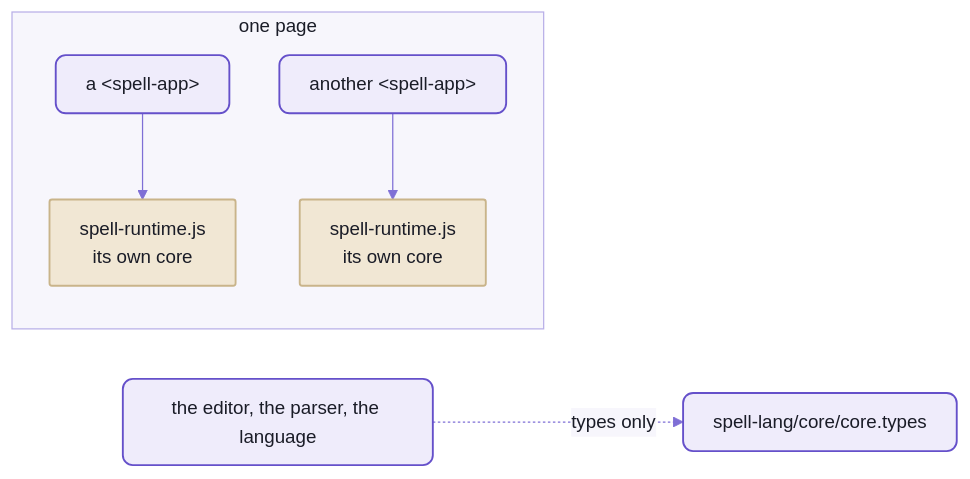
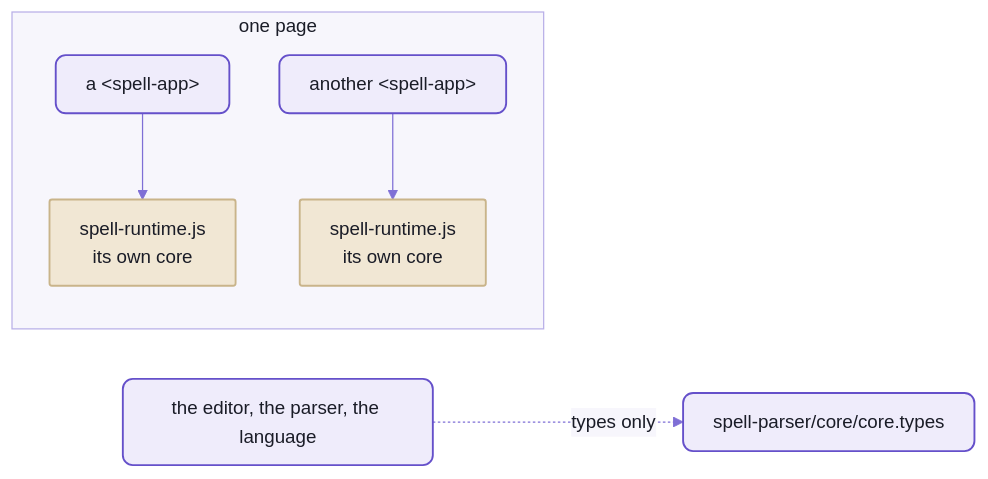
The second of 2 diagrams in parser/README-core.md (spell-app/spell), drawn with Mermaid before and after one commit. The commit also changed other lines of this file and 618 other files, not shown here.

````diff
--- a/parser/README-core.md
+++ b/parser/README-core.md
@@ -404,13 +404,13 @@
 ```mermaid
 %%{init: {"theme":"base","themeVariables":{"fontFamily":"-apple-system, BlinkMacSystemFont, Segoe UI, Helvetica, Arial, sans-serif","fontSize":"15px","primaryColor":"#EFECFB","primaryBorderColor":"#6550CA","primaryTextColor":"#1A1C27","secondaryColor":"#F4F1E9","tertiaryColor":"#F7F6FC","lineColor":"#7F6FD6","textColor":"#7F6FD6","clusterBkg":"#F7F6FC","clusterBorder":"#B9B0E8","titleColor":"#1A1C27","edgeLabelBackground":"#F7F6FC","actorBkg":"#EFECFB","actorBorder":"#6550CA","actorTextColor":"#1A1C27","actorLineColor":"#9C90DE","signalColor":"#7F6FD6","signalTextColor":"#7F6FD6","labelBoxBkgColor":"#EFECFB","labelBoxBorderColor":"#6550CA","labelTextColor":"#1A1C27","loopTextColor":"#7F6FD6","noteBkgColor":"#F1E7D4","noteBorderColor":"#C9B48A","noteTextColor":"#1A1C27","activationBkgColor":"#DCD6F7","activationBorderColor":"#6550CA","sequenceNumberColor":"#FFFFFF"},"flowchart":{"curve":"basis","padding":12,"nodeSpacing":40,"rankSpacing":44}}}%%
 flowchart LR
   subgraph page ["one page"]
     a1["a &lt;spell-app&gt;"] --> r1["spell-runtime.js<br/>its own core"]
     a2["another &lt;spell-app&gt;"] --> r2["spell-runtime.js<br/>its own core"]
   end
-  ed["the editor, the parser, the language"] -. "types only" .-> types["spell-lang/core/core.types"]
+  ed["the editor, the parser, the language"] -. "types only" .-> types["spell-parser/core/core.types"]
   %% the Spell look:  yarn mermaid:pretty
   classDef default fill:#EFECFB,stroke:#6550CA,stroke-width:1.5px,color:#1A1C27,rx:8px,ry:8px
   classDef data fill:#F1E7D4,stroke:#C9B48A,stroke-width:1.5px,color:#1A1C27,rx:2px,ry:2px
   class r1,r2 data
 ```
````
